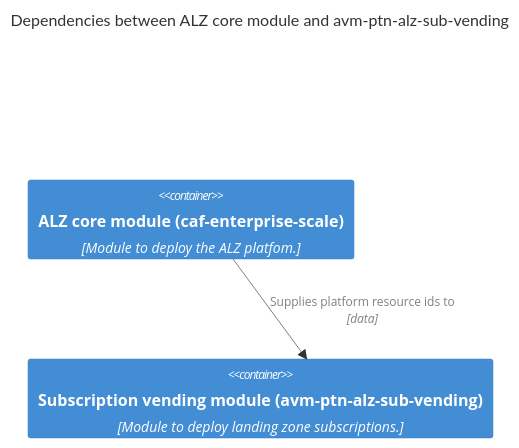
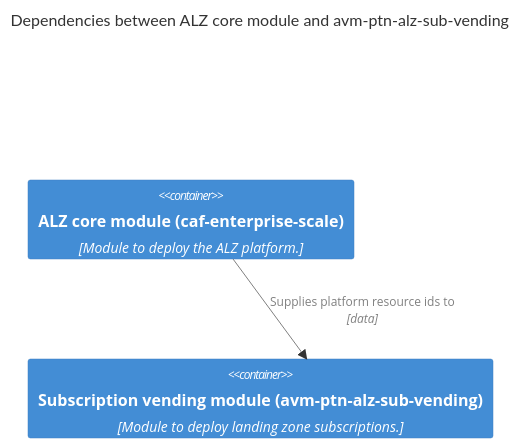
One commit to Azure/Azure-Landing-Zones changed the diagram in docs/content/terraform/subscription-vending/example-4-integration-with-alz-module.md. Above: the diagram before and after it, drawn with Mermaid.

````diff
--- a/docs/content/terraform/subscription-vending/example-4-integration-with-alz-module.md
+++ b/docs/content/terraform/subscription-vending/example-4-integration-with-alz-module.md
@@ -22,11 +22,11 @@
 ```mermaid
 C4Component
   title Dependencies between ALZ core module and avm-ptn-alz-sub-vending
-  Container(SystemAlz, "ALZ core module (caf-enterprise-scale)", "Module to deploy the ALZ platfom.")
+  Container(SystemAlz, "ALZ core module (caf-enterprise-scale)", "Module to deploy the ALZ platform.")
   Container(SystemLzVending, "Subscription vending module (avm-ptn-alz-sub-vending)", "Module to deploy landing zone subscriptions.")
 
   Rel(SystemAlz, SystemLzVending, "Supplies platform resource ids to", "data")
 
   UpdateLayoutConfig($c4ShapeInRow="1", $c4BoundaryInRow="1")
   UpdateRelStyle(SystemAlz, SystemLzVending, $textColor="gray", $lineColor="gray", $offsetY="-10")
 ```
````
